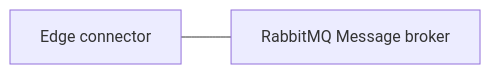
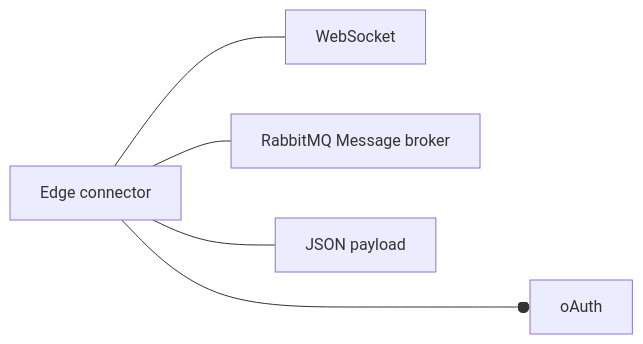
Before and after one commit to hpepper/idea-to-product: the sixth of 10 diagrams in sad2md/DraftArchitecture.md, drawn with Mermaid. The commit also changed other lines of this file and 10 other files, not shown here.

````diff
--- a/sad2md/DraftArchitecture.md
+++ b/sad2md/DraftArchitecture.md
@@ -127,4 +139,7 @@
 ```mermaid
   graph LR;
+    Edgeconnector[Edge connector]---WebSocket[WebSocket]
     Edgeconnector[Edge connector]---RabbitMQMessagebroker[RabbitMQ Message broker]
+    Edgeconnector[Edge connector]---oAuth[oAuth]
+    Edgeconnector[Edge connector]---JSONpayload[JSON payload]
 ```
````
